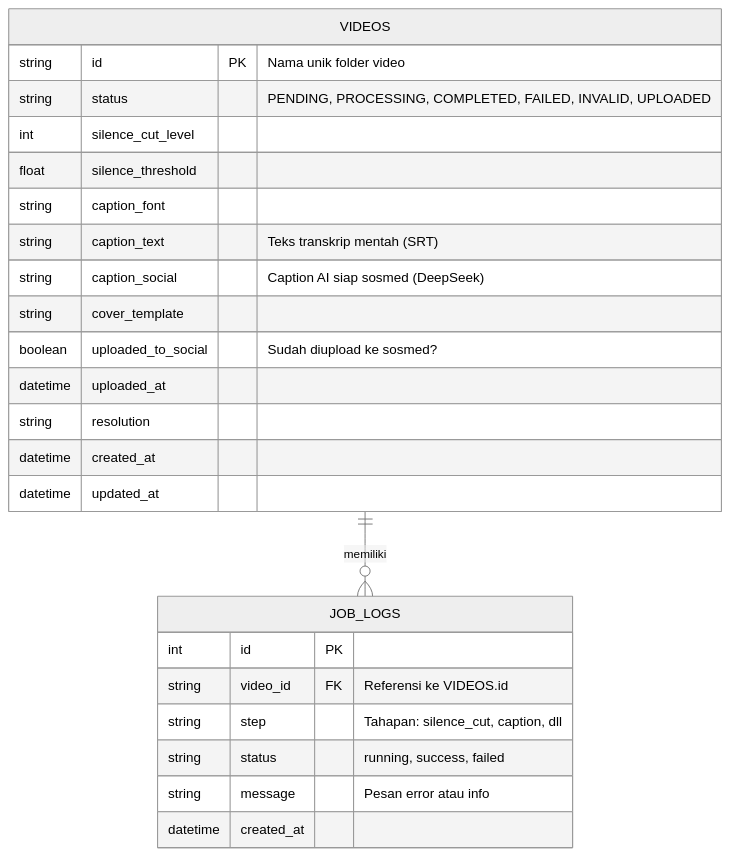
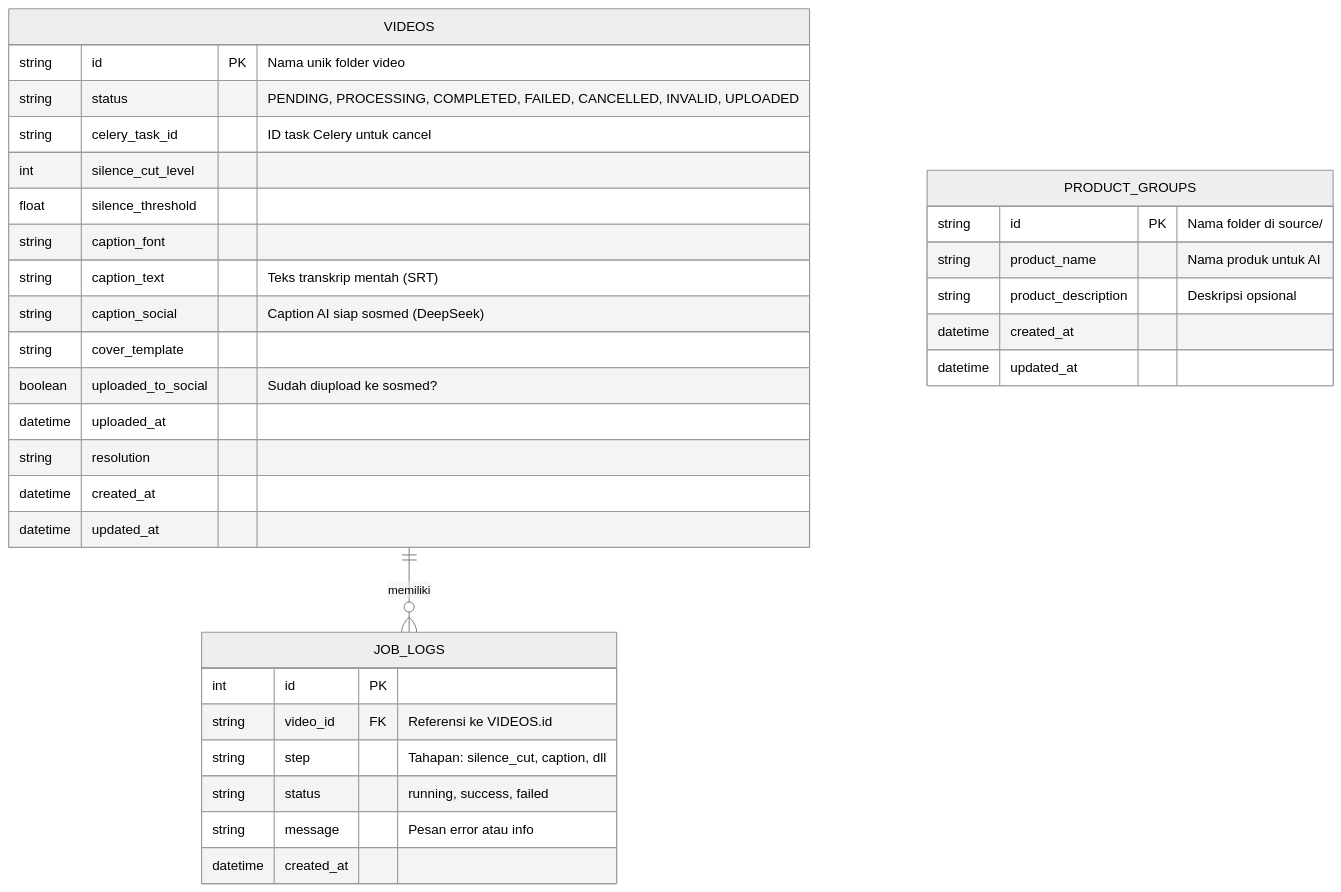
The fourth of 4 diagrams in PRD_claude II.md (Muhira007/vidflow-studio), drawn with Mermaid (neutral theme) before and after one commit. The commit also changed other lines of this file and 2 other files, not shown here.

````diff
--- a/PRD_claude II.md
+++ b/PRD_claude II.md
@@ -341,29 +345,38 @@
 ```mermaid
 erDiagram
     VIDEOS ||--o{ JOB_LOGS : "memiliki"
     
     VIDEOS {
         string id PK "Nama unik folder video"
-        string status "PENDING, PROCESSING, COMPLETED, FAILED, INVALID, UPLOADED"
+        string status "PENDING, PROCESSING, COMPLETED, FAILED, CANCELLED, INVALID, UPLOADED"
+        string celery_task_id "ID task Celery untuk cancel"
         int silence_cut_level
         float silence_threshold
         string caption_font
         string caption_text "Teks transkrip mentah (SRT)"
         string caption_social "Caption AI siap sosmed (DeepSeek)"
         string cover_template
         boolean uploaded_to_social "Sudah diupload ke sosmed?"
         datetime uploaded_at
         string resolution
         datetime created_at
         datetime updated_at
     }
     
+    PRODUCT_GROUPS {
+        string id PK "Nama folder di source/"
+        string product_name "Nama produk untuk AI"
+        string product_description "Deskripsi opsional"
+        datetime created_at
+        datetime updated_at
+    }
+
     JOB_LOGS {
         int id PK
         string video_id FK "Referensi ke VIDEOS.id"
         string step "Tahapan: silence_cut, caption, dll"
         string status "running, success, failed"
         string message "Pesan error atau info"
         datetime created_at
     }
 ```
````
